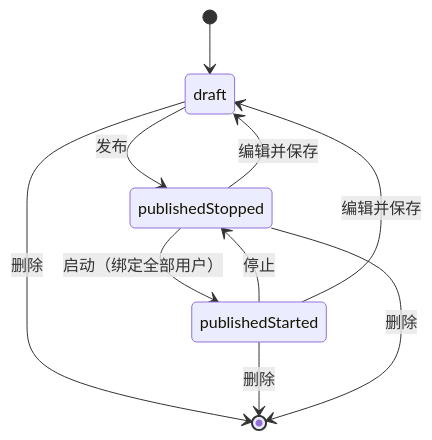
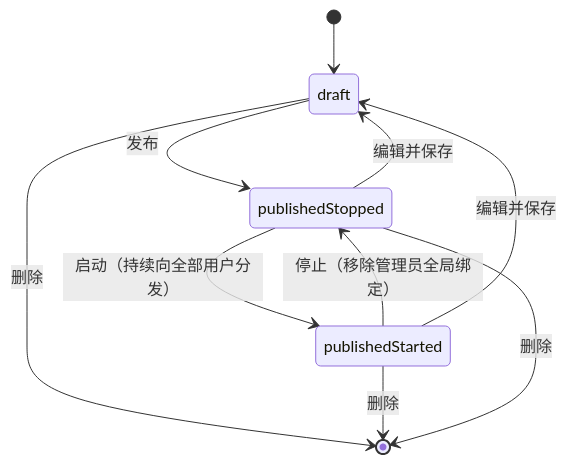
One commit to Huijie-Qin/claudecodeui changed the first of 4 diagrams in docs/Hook需求设计方案.md. Above: the diagram before and after it, drawn with Mermaid. The commit also changed other lines of this file and 9 other files, not shown here.

```diff
--- a/docs/Hook需求设计方案.md
+++ b/docs/Hook需求设计方案.md
@@ -646,12 +646,12 @@
 ~~~mermaid
 stateDiagram-v2
   [*] --> draft
   draft --> publishedStopped: 发布
-  publishedStopped --> publishedStarted: 启动（绑定全部用户）
-  publishedStarted --> publishedStopped: 停止
+  publishedStopped --> publishedStarted: 启动（持续向全部用户分发）
+  publishedStarted --> publishedStopped: 停止（移除管理员全局绑定）
   publishedStarted --> draft: 编辑并保存
   publishedStopped --> draft: 编辑并保存
   draft --> [*]: 删除
   publishedStarted --> [*]: 删除
   publishedStopped --> [*]: 删除
 ~~~
```
